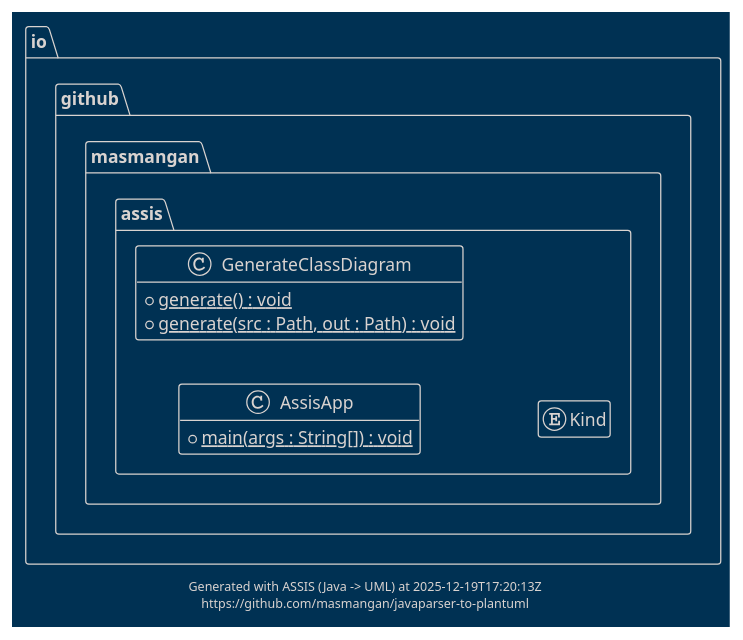
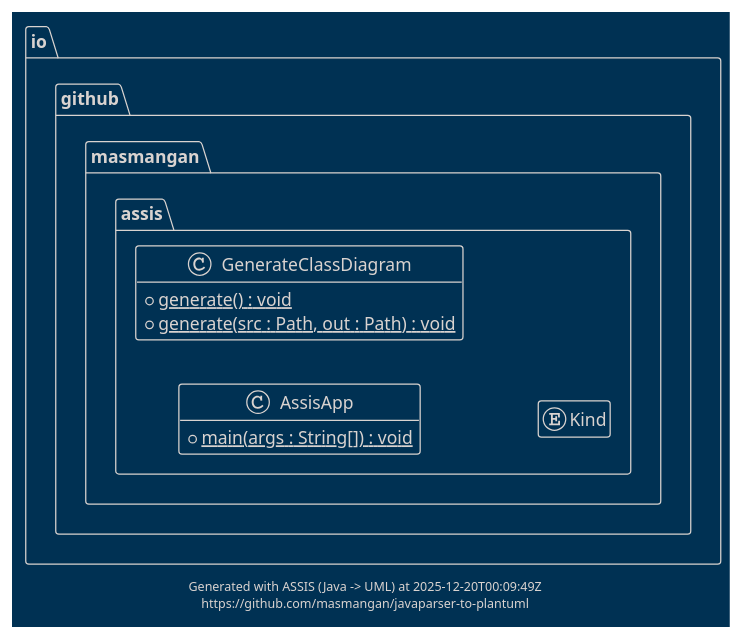
The diagram in docs/uml/class-diagram.puml (masmangan/assis), drawn with PlantUML before and after one commit. The commit also changed 1 other file, not shown here.

```diff
--- a/docs/uml/class-diagram.puml
+++ b/docs/uml/class-diagram.puml
@@ -1,23 +1,23 @@
 @startuml class-diagram
 hide empty members
 !theme blueprint
 package "io.github.masmangan.assis" {
-class AssisApp{
+class AssisApp {
   + main(args : String[]) : void {static}
 }
-class GenerateClassDiagram{
+class GenerateClassDiagram {
   + generate() : void {static}
   + generate(src : Path, out : Path) : void {static}
 }
 enum Kind {
 }
 }
 
 left to right direction
 
 center footer
-Generated with ASSIS (Java -> UML) at 2025-12-19T17:20:13Z
+Generated with ASSIS (Java -> UML) at 2025-12-20T00:09:49Z
 https://github.com/masmangan/javaparser-to-plantuml
 end footer
 
 @enduml
```
